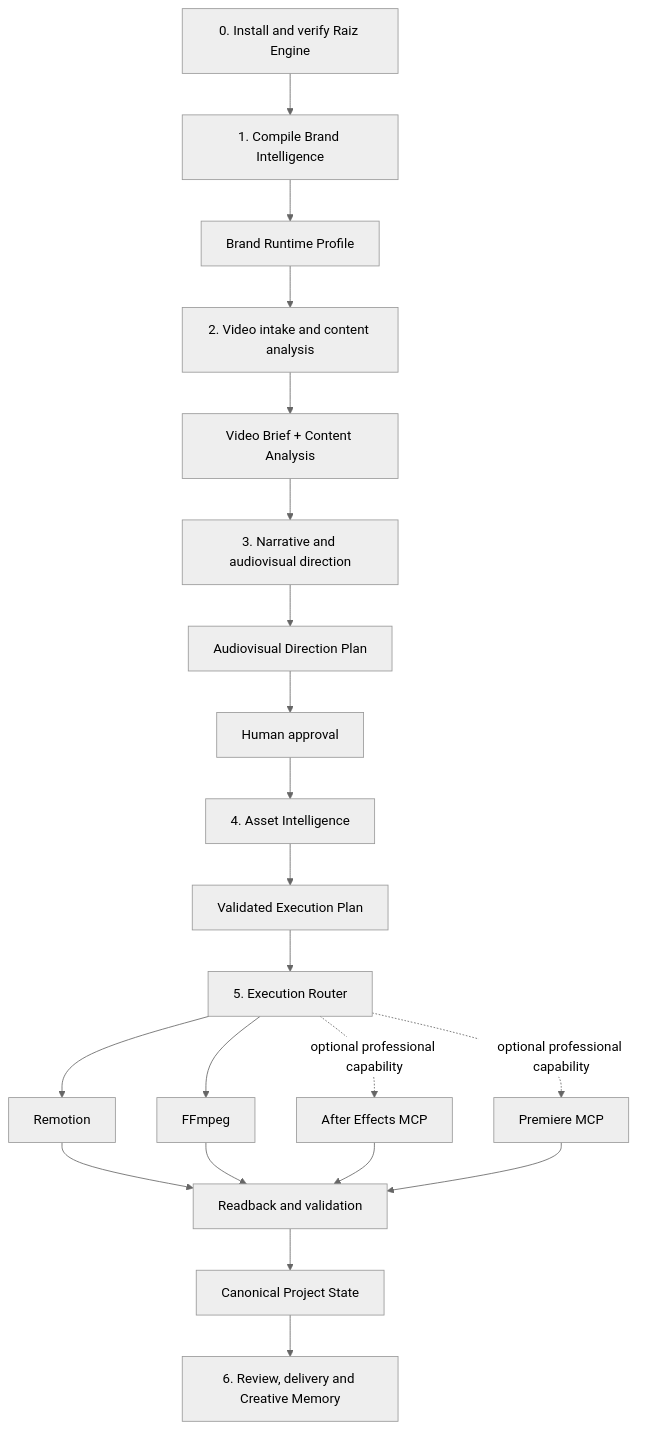
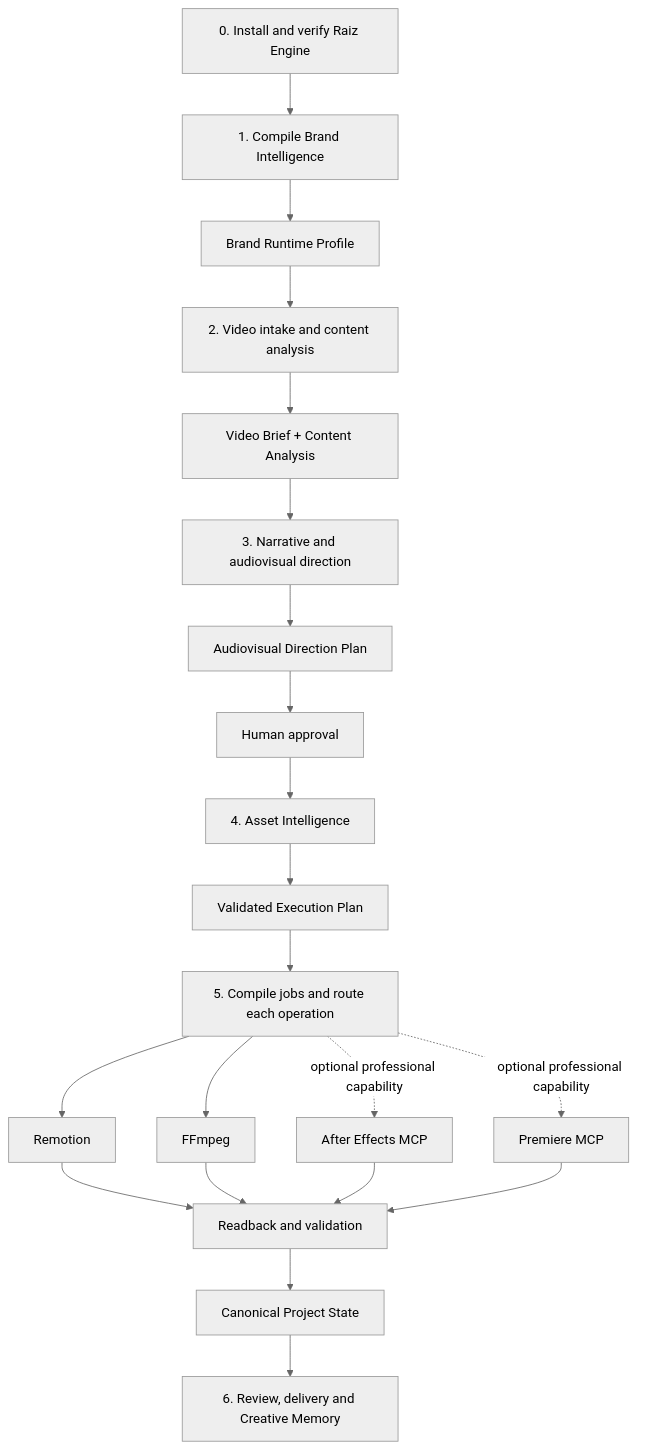
The diagram in docs/architecture/cena-raiz-audiovisual-evolution.md (daniela-socoloski/raiz-engine), drawn with Mermaid (neutral theme) before and after one commit. The commit also changed other lines of this file and 19 other files, not shown here.

````diff
--- a/docs/architecture/cena-raiz-audiovisual-evolution.md
+++ b/docs/architecture/cena-raiz-audiovisual-evolution.md
@@ -108,23 +108,23 @@
 ```mermaid
 flowchart TD
     P0["0. Install and verify Raiz Engine"] --> P1["1. Compile Brand Intelligence"]
     P1 --> BRP["Brand Runtime Profile"]
     BRP --> P2["2. Video intake and content analysis"]
     P2 --> VB["Video Brief + Content Analysis"]
     VB --> P3["3. Narrative and audiovisual direction"]
     P3 --> DP["Audiovisual Direction Plan"]
     DP --> HA["Human approval"]
     HA --> P4["4. Asset Intelligence"]
     P4 --> EP["Validated Execution Plan"]
-    EP --> P5["5. Execution Router"]
+    EP --> P5["5. Compile jobs and route each operation"]
     P5 --> RM["Remotion"]
     P5 --> FF["FFmpeg"]
     P5 -. "optional professional capability" .-> AE["After Effects MCP"]
     P5 -. "optional professional capability" .-> PR["Premiere MCP"]
     RM --> RB["Readback and validation"]
     FF --> RB
     AE --> RB
     PR --> RB
     RB --> CT["Canonical Project State"]
     CT --> P6["6. Review, delivery and Creative Memory"]
 ```
````
